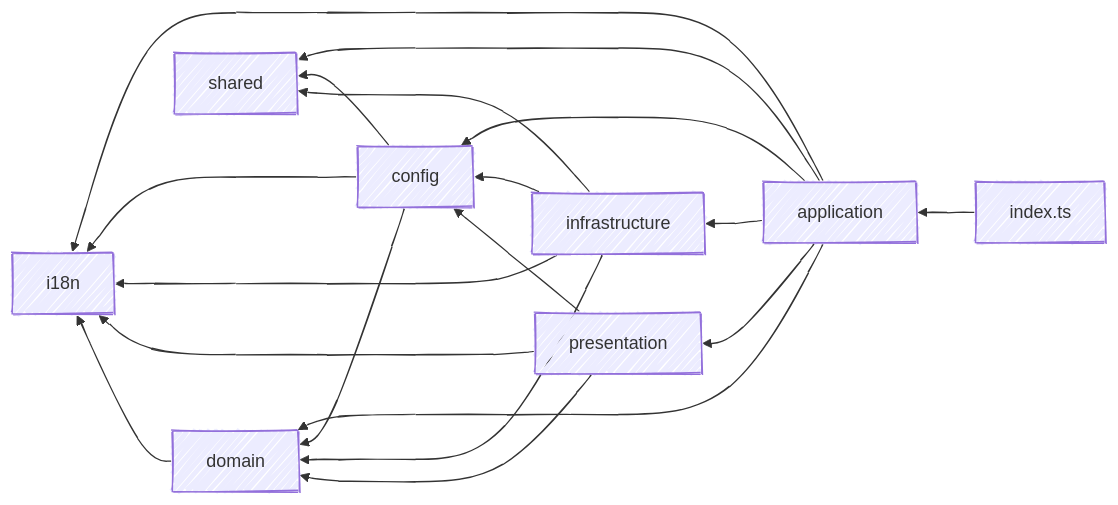
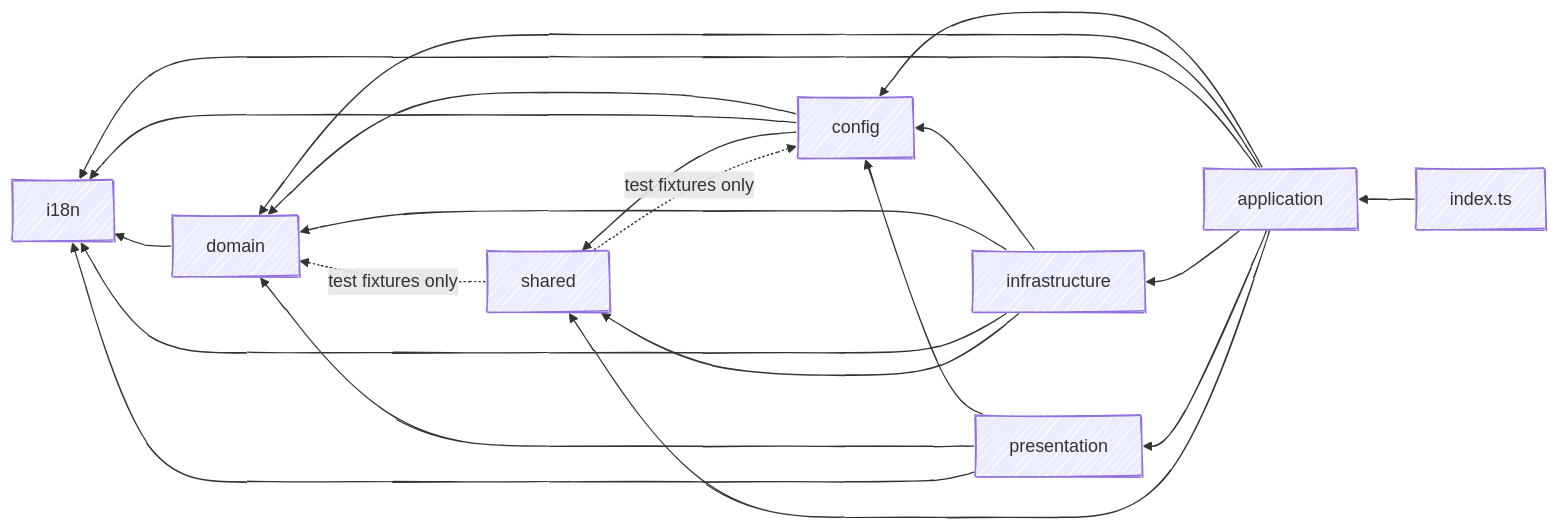
The diagram in docs/wiki/Architecture.md (fbuireu/github-star-tracker), drawn with Mermaid before and after one commit. The commit also changed other lines of this file and 16 other files, not shown here.

````diff
--- a/docs/wiki/Architecture.md
+++ b/docs/wiki/Architecture.md
@@ -5,26 +5,28 @@
 ```mermaid
 ---
 config:
   look: handDrawn
   layout: dagre
 ---
 flowchart RL
     entry["index.ts"] --> application
     application --> config
     application --> domain
     application --> i18n
     application --> infrastructure
     application --> presentation
     config --> domain
     config --> i18n
     infrastructure --> config
     infrastructure --> domain
     infrastructure --> i18n
     presentation --> config
     presentation --> domain
     presentation --> i18n
     domain --> i18n
     application --> shared
     config --> shared
     infrastructure --> shared
+    shared -.->|test fixtures only| config
+    shared -.->|test fixtures only| domain
 ```
````
